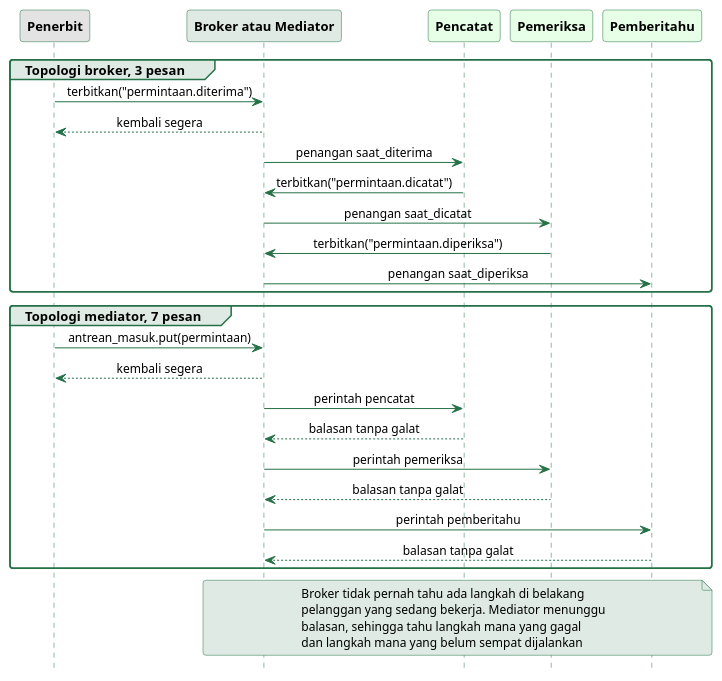
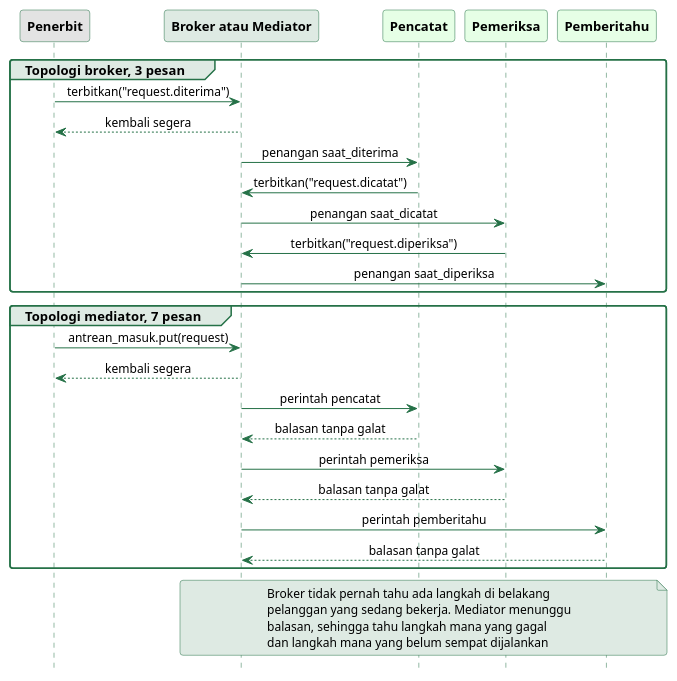
The diagram in sources/chapter09/diagram/sekuens-event.puml (alfa-yohannis/software-architecture), drawn with PlantUML before and after one commit. The commit also changed other lines of this file and 83 other files, not shown here.

```diff
--- a/sources/chapter09/diagram/sekuens-event.puml
+++ b/sources/chapter09/diagram/sekuens-event.puml
@@ -12,60 +12,60 @@
 @startuml
 skinparam backgroundColor transparent
 skinparam defaultFontName Titillium Web
 skinparam defaultFontSize 13
 skinparam shadowing false
 skinparam roundCorner 6
 skinparam sequenceMessageAlignment center
 skinparam sequence {
   ArrowColor #257147
   ArrowFontSize 12
   LifeLineBorderColor #257147
   LifeLineBackgroundColor #DEEAE3
   ParticipantBorderColor #257147
   ParticipantFontColor black
   ParticipantFontSize 13
   ParticipantFontStyle bold
   GroupBackgroundColor #DEEAE3
   GroupBorderColor #257147
 }
 skinparam note {
   BackgroundColor #DEEAE3
   BorderColor #257147
   FontSize 12
 }
 hide footbox
 
 participant Penerbit as U #E3E3E3
 participant "Broker atau Mediator" as B #DEEAE3
 participant Pencatat as C #E6FFE6
 participant Pemeriksa as P #E6FFE6
 participant Pemberitahu as N #E6FFE6
 
 group Topologi broker, 3 pesan
-  U -> B : terbitkan("permintaan.diterima")
+  U -> B : terbitkan("request.diterima")
   U <-- B : kembali segera
   B -> C : penangan saat_diterima
-  C -> B : terbitkan("permintaan.dicatat")
+  C -> B : terbitkan("request.dicatat")
   B -> P : penangan saat_dicatat
-  P -> B : terbitkan("permintaan.diperiksa")
+  P -> B : terbitkan("request.diperiksa")
   B -> N : penangan saat_diperiksa
 end
 
 group Topologi mediator, 7 pesan
-  U -> B : antrean_masuk.put(permintaan)
+  U -> B : antrean_masuk.put(request)
   U <-- B : kembali segera
   B -> C : perintah pencatat
   C --> B : balasan tanpa galat
   B -> P : perintah pemeriksa
   P --> B : balasan tanpa galat
   B -> N : perintah pemberitahu
   N --> B : balasan tanpa galat
 end
 
 note over B, N
   Broker tidak pernah tahu ada langkah di belakang
   pelanggan yang sedang bekerja. Mediator menunggu
   balasan, sehingga tahu langkah mana yang gagal
   dan langkah mana yang belum sempat dijalankan
 end note
 @enduml
```
